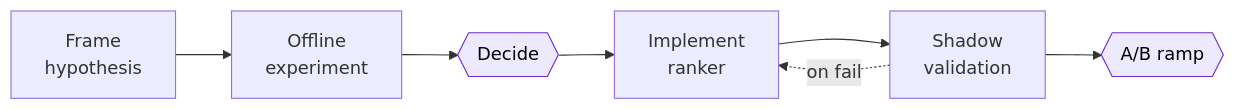
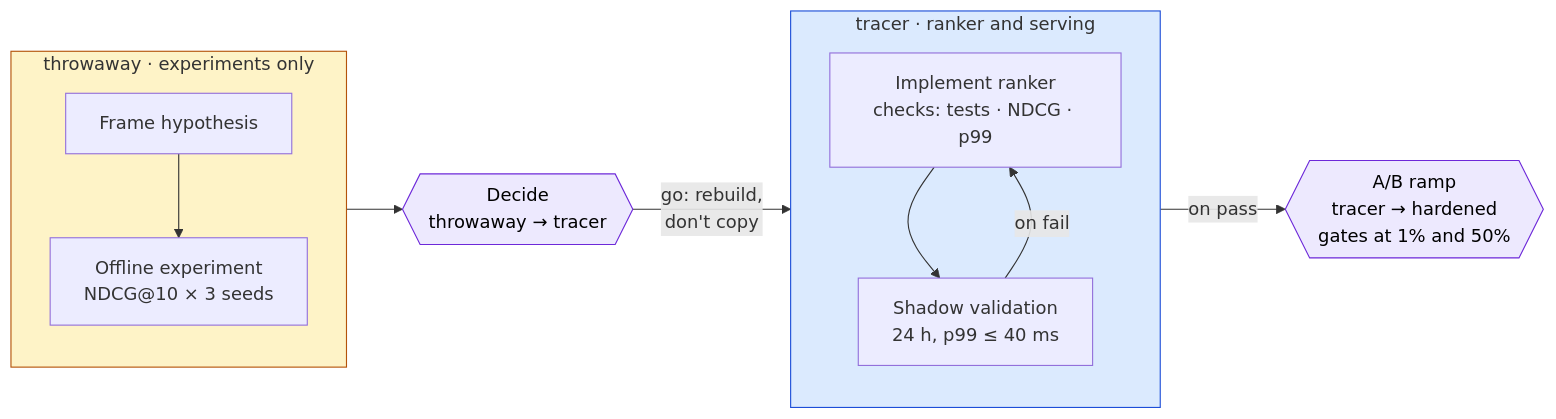
Before and after one commit to zwire/vajra: the fourth of 6 diagrams in README.md, drawn with Mermaid. The commit also changed other lines of this file, not shown here.

First line of the commit message:
README: bring the diagrams back, laid out wide instead of tall

````diff
--- a/README.md
+++ b/README.md
@@ -203,7 +260,19 @@
 ```mermaid
 flowchart LR
-  frame["Frame<br/>hypothesis"] --> exp["Offline<br/>experiment"] --> decide{{"Decide"}} --> impl["Implement<br/>ranker"] --> shadow["Shadow<br/>validation"] --> ramp{{"A/B ramp"}}
-  shadow -. "on fail" .-> impl
+  subgraph explore ["throwaway · experiments only"]
+    direction TB
+    frame["Frame hypothesis"] --> exp["Offline experiment<br/>NDCG@10 × 3 seeds"]
+  end
+  subgraph build ["tracer · ranker and serving"]
+    direction TB
+    impl["Implement ranker<br/>checks: tests · NDCG · p99"] --> shadow["Shadow validation<br/>24 h, p99 ≤ 40 ms"]
+    shadow -- "on fail" --> impl
+  end
+  explore --> decide{{"Decide<br/>throwaway → tracer"}}
+  decide -- "go: rebuild,<br/>don't copy" --> build
+  build -- "on pass" --> ramp{{"A/B ramp<br/>tracer → hardened<br/>gates at 1% and 50%"}}
   classDef gate fill:#ede9fe,stroke:#6d28d9,color:#000
   class decide,ramp gate
+  style explore fill:#fef3c7,stroke:#b45309
+  style build fill:#dbeafe,stroke:#1d4ed8
 ```
````
